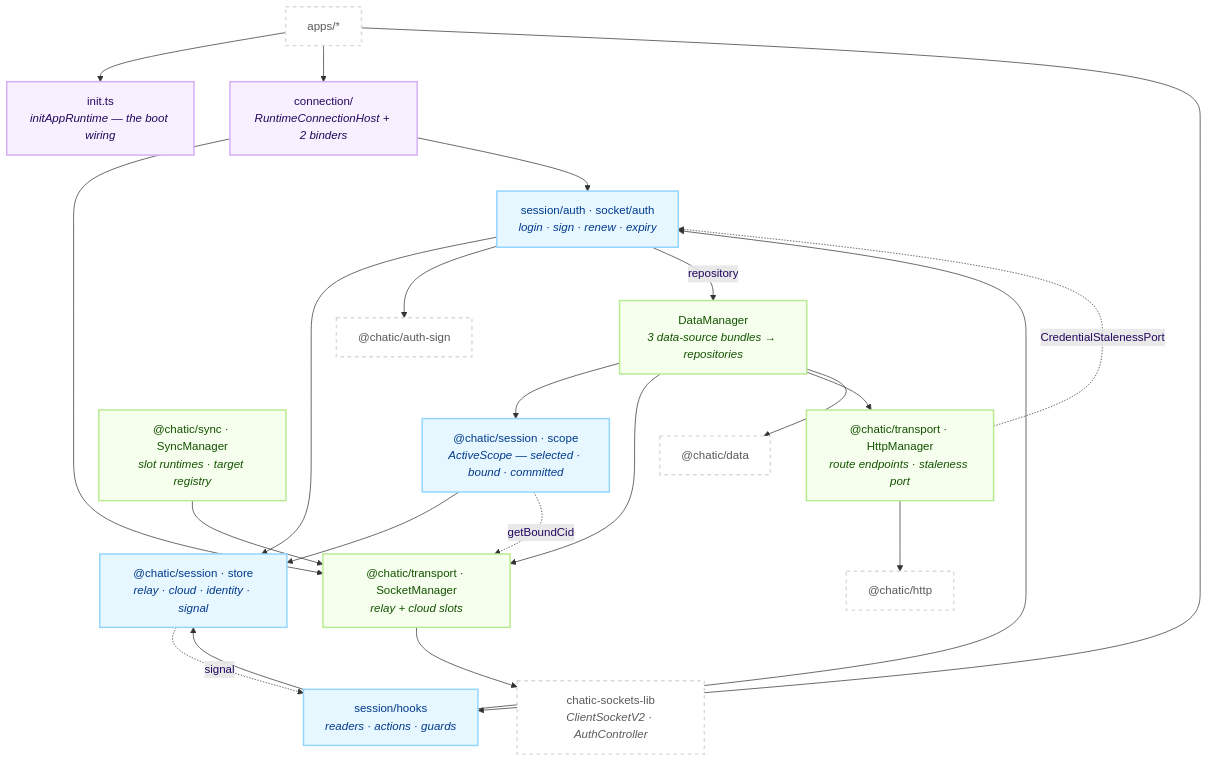
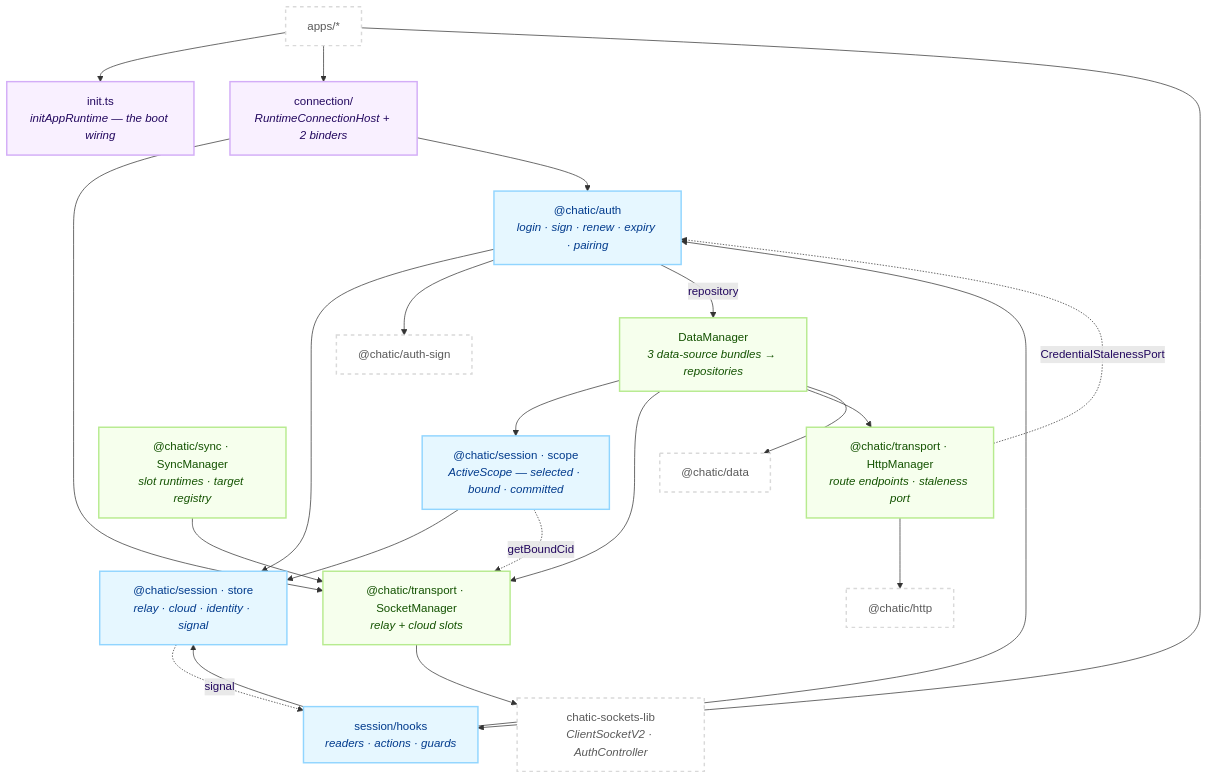
One commit to lemoncloud-io/dou-app changed the first of 2 diagrams in libs/app-runtime/README.md. Above: the diagram before and after it, drawn with Mermaid. The commit also changed other lines of this file and 214 other files, not shown here.

````diff
--- a/libs/app-runtime/README.md
+++ b/libs/app-runtime/README.md
@@ -71,48 +72,48 @@
 ```mermaid
 flowchart TD
     classDef root fill:#f9f0ff,stroke:#d3adf7,stroke-width:2px,color:#22075e;
     classDef sess fill:#e6f7ff,stroke:#91d5ff,stroke-width:2px,color:#003a8c;
     classDef eng fill:#f6ffed,stroke:#b7eb8f,stroke-width:2px,color:#135200;
     classDef ext fill:#ffffff,stroke:#d9d9d9,stroke-width:2px,color:#595959,stroke-dasharray: 5 5;
 
     App["apps/*"]:::ext
     Init["init.ts<br/><i>initAppRuntime — the boot wiring</i>"]:::root
     Host["connection/<br/><i>RuntimeConnectionHost + 2 binders</i>"]:::root
 
     Hooks["session/hooks<br/><i>readers · actions · guards</i>"]:::sess
-    Auth["session/auth · socket/auth<br/><i>login · sign · renew · expiry</i>"]:::sess
+    Auth["@chatic/auth<br/><i>login · sign · renew · expiry · pairing</i>"]:::sess
     Store["@chatic/session · store<br/><i>relay · cloud · identity · signal</i>"]:::sess
     Scope["@chatic/session · scope<br/><i>ActiveScope — selected · bound · committed</i>"]:::sess
 
     SM["@chatic/transport · SocketManager<br/><i>relay + cloud slots</i>"]:::eng
     SyncM["@chatic/sync · SyncManager<br/><i>slot runtimes · target registry</i>"]:::eng
     HM["@chatic/transport · HttpManager<br/><i>route endpoints · staleness port</i>"]:::eng
     DM["DataManager<br/><i>3 data-source bundles → repositories</i>"]:::eng
 
     SDK["chatic-sockets-lib<br/><i>ClientSocketV2 · AuthController</i>"]:::ext
     Data["@chatic/data"]:::ext
     Http["@chatic/http"]:::ext
     Sign["@chatic/auth-sign"]:::ext
 
     App --> Init
     App --> Host
     App --> Hooks
     Host --> SM
     Host --> Auth
     Hooks --> Auth
     Hooks --> Store
     Auth --> Store
     Auth --> Sign
     Auth -->|"repository"| DM
     Scope --> Store
     Scope -.->|"getBoundCid"| SM
     Store -.->|"signal"| Hooks
     SM --> SDK
     SyncM --> SM
     DM --> Scope
     DM --> SM
     DM --> HM
     DM --> Data
     HM --> Http
     HM -.->|"CredentialStalenessPort"| Auth
 ```
````
